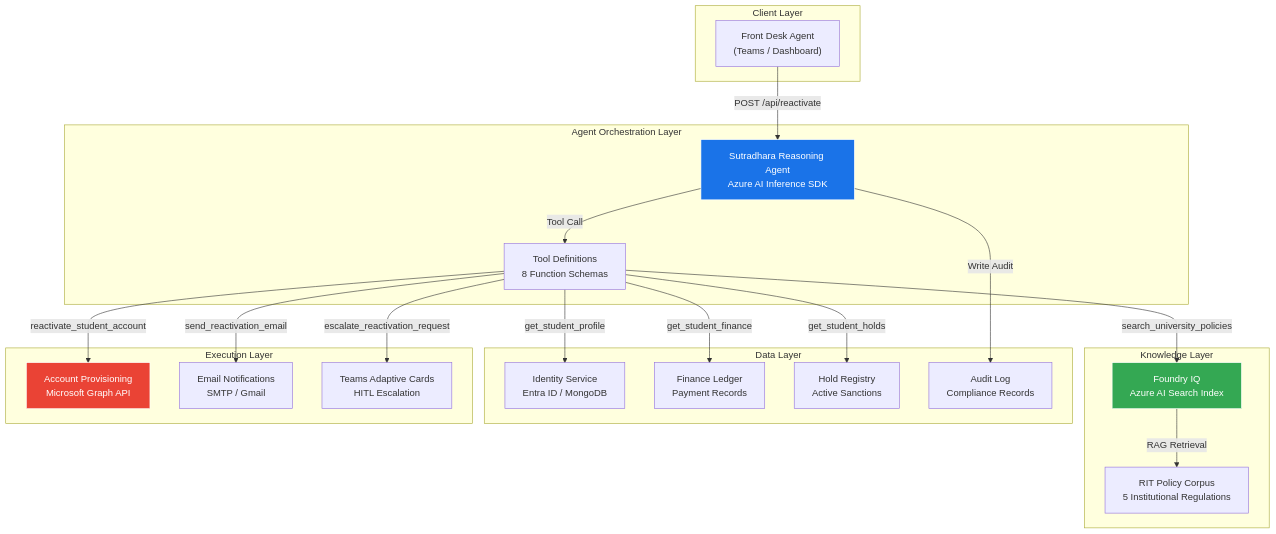
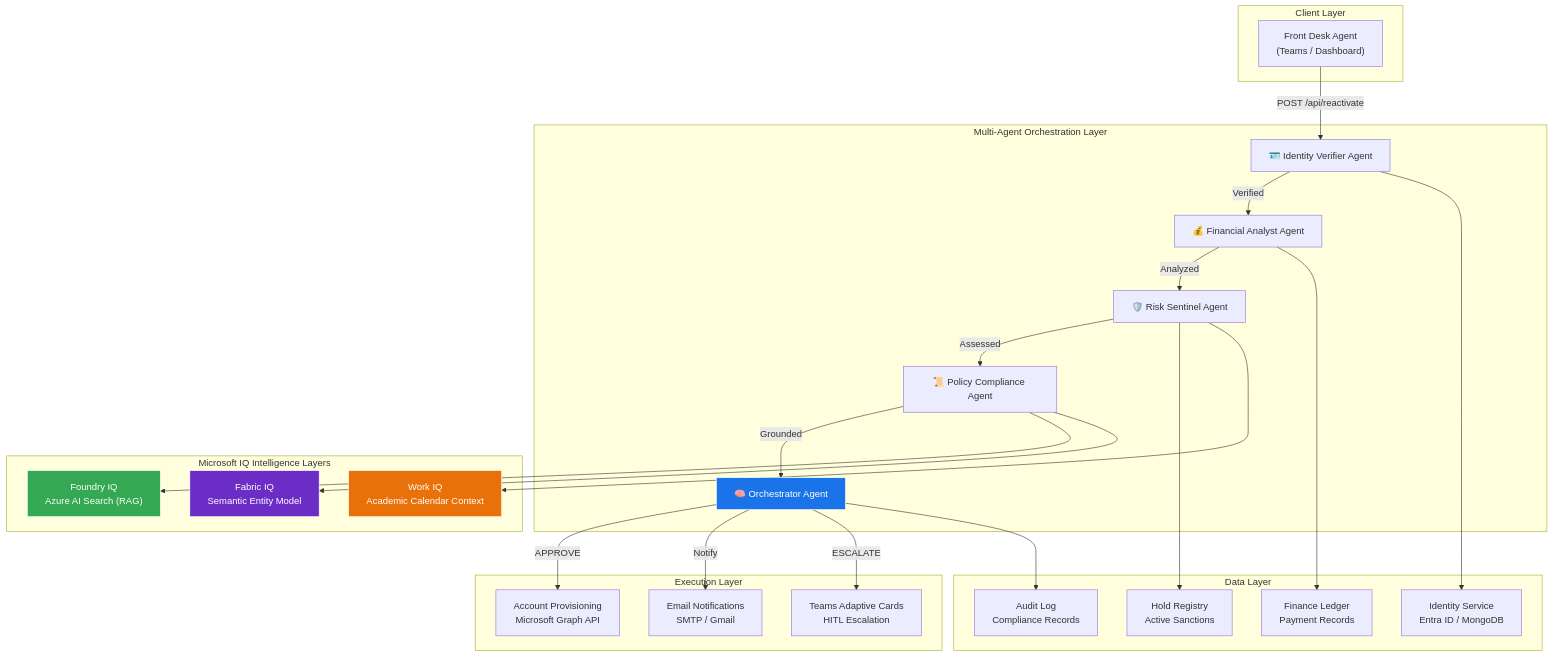
One commit to Ganesh2006646/Agent-League-Hackathon---microsoft changed the first of 3 diagrams in README.md. Above: the diagram before and after it, drawn with Mermaid. The commit also changed other lines of this file and 12 other files, not shown here.

Commit message:
Add evaluations, telemetry, responsible AI, Fabric/Work IQ layers, and dashboard updates

````diff
--- a/README.md
+++ b/README.md
@@ -92,45 +115,54 @@
 ```mermaid
 graph TB
     subgraph "Client Layer"
         A["Front Desk Agent<br/>(Teams / Dashboard)"]
     end
 
-    subgraph "Agent Orchestration Layer"
-        B["Sutradhara Reasoning Agent<br/>Azure AI Inference SDK"]
-        C["Tool Definitions<br/>8 Function Schemas"]
+    subgraph "Multi-Agent Orchestration Layer"
+        B1["🪪 Identity Verifier Agent"]
+        B2["💰 Financial Analyst Agent"]
+        B3["🛡️ Risk Sentinel Agent"]
+        B4["📜 Policy Compliance Agent"]
+        B5["🧠 Orchestrator Agent"]
     end
 
-    subgraph "Knowledge Layer"
-        D["Foundry IQ<br/>Azure AI Search Index"]
-        E["RIT Policy Corpus<br/>5 Institutional Regulations"]
+    subgraph "Microsoft IQ Intelligence Layers"
+        D["Foundry IQ<br/>Azure AI Search (RAG)"]
+        FIQ["Fabric IQ<br/>Semantic Entity Model"]
+        WIQ["Work IQ<br/>Academic Calendar Context"]
     end
 
     subgraph "Data Layer"
         F["Identity Service<br/>Entra ID / MongoDB"]
         G["Finance Ledger<br/>Payment Records"]
         H["Hold Registry<br/>Active Sanctions"]
         I["Audit Log<br/>Compliance Records"]
     end
 
     subgraph "Execution Layer"
         J["Account Provisioning<br/>Microsoft Graph API"]
         K["Email Notifications<br/>SMTP / Gmail"]
         L["Teams Adaptive Cards<br/>HITL Escalation"]
     end
 
-    A -->|"POST /api/reactivate"| B
-    B -->|"Tool Call"| C
-    C -->|"get_student_profile"| F
-    C -->|"get_student_finance"| G
-    C -->|"get_student_holds"| H
-    C -->|"search_university_policies"| D
-    D -->|"RAG Retrieval"| E
-    C -->|"reactivate_student_account"| J
-    C -->|"send_reactivation_email"| K
-    C -->|"escalate_reactivation_request"| L
-    B -->|"Write Audit"| I
+    A -->|"POST /api/reactivate"| B1
+    B1 -->|"Verified"| B2
+    B2 -->|"Analyzed"| B3
+    B3 -->|"Assessed"| B4
+    B4 -->|"Grounded"| B5
+    B1 --> F
+    B2 --> G
+    B3 --> H
+    B4 --> D
+    B4 --> FIQ
+    B3 --> WIQ
+    B5 -->|"APPROVE"| J
+    B5 -->|"Notify"| K
+    B5 -->|"ESCALATE"| L
+    B5 --> I
 
-    style B fill:#1a73e8,stroke:#fff,color:#fff
+    style B5 fill:#1a73e8,stroke:#fff,color:#fff
     style D fill:#34a853,stroke:#fff,color:#fff
-    style J fill:#ea4335,stroke:#fff,color:#fff
+    style FIQ fill:#6C2DC7,stroke:#fff,color:#fff
+    style WIQ fill:#E8710A,stroke:#fff,color:#fff
 ```
````
